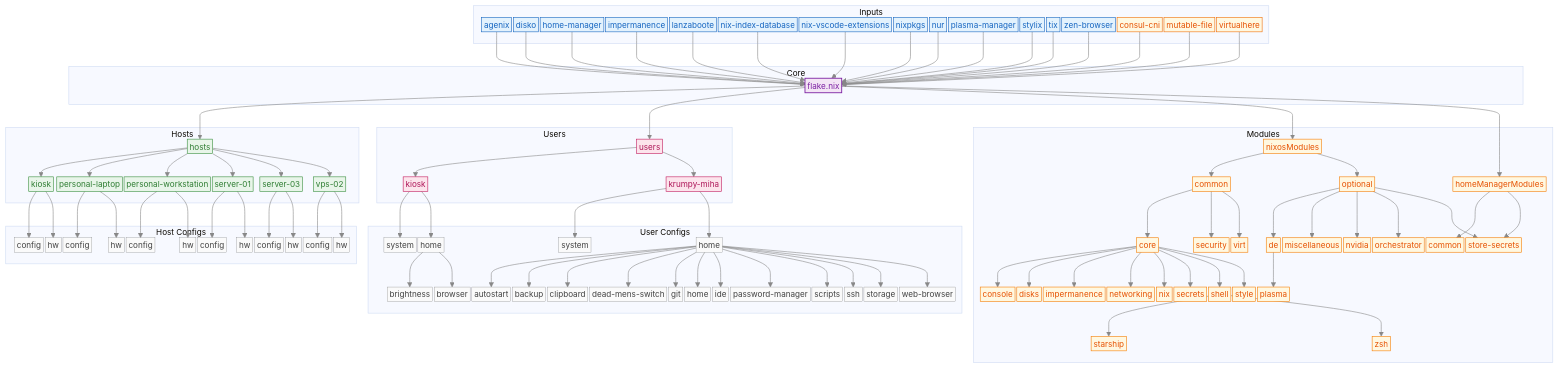
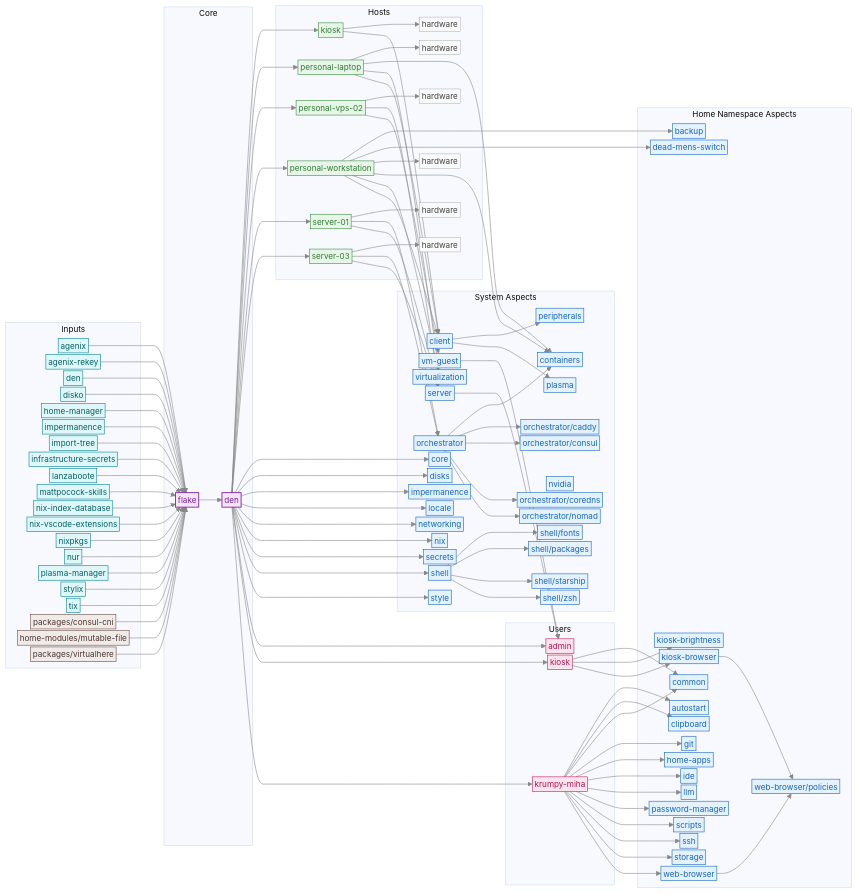
The diagram in README.md (mihakrumpestar/infrastructure), drawn with Mermaid before and after one commit. The commit also changed other lines of this file and 5 other files, not shown here.

Commit message:
Update flake-graph generation script

````diff
--- a/README.md
+++ b/README.md
@@ -130,23 +130,28 @@
   }
 }}%%
 
-flowchart TD
+flowchart LR
 
     %% Styles
-    classDef input fill:#e3f2fd,stroke:#1565c0,stroke-width:1px,color:#1565c0
-    classDef local fill:#fff8e1,stroke:#ef6c00,stroke-width:1px,color:#e65100
+    classDef input fill:#e0f7fa,stroke:#00838f,stroke-width:1px,color:#006064
+    classDef local fill:#efebe9,stroke:#6d4c41,stroke-width:1px,color:#4e342e
     classDef flake fill:#f3e5f5,stroke:#7b1fa2,stroke-width:1.5px,color:#7b1fa2
     classDef hosts fill:#e8f5e9,stroke:#388e3c,stroke-width:1px,color:#2e7d32
     classDef users fill:#fce4ec,stroke:#c2185b,stroke-width:1px,color:#ad1457
-    classDef modules fill:#fff8e1,stroke:#f57c00,stroke-width:1px,color:#e65100
+    classDef aspect fill:#e3f2fd,stroke:#1565c0,stroke-width:1px,color:#1565c0
     classDef config fill:#fafafa,stroke:#757575,stroke-width:0.5px,color:#424242
 
     subgraph Inputs[Inputs]
         input_agenix["agenix"]:::input
+        input_agenix_rekey["agenix-rekey"]:::input
+        input_den["den"]:::input
         input_disko["disko"]:::input
         input_home_manager["home-manager"]:::input
         input_impermanence["impermanence"]:::input
+        input_import_tree["import-tree"]:::input
+        input_infrastructure_secrets["infrastructure-secrets"]:::input
         input_lanzaboote["lanzaboote"]:::input
+        input_mattpocock_skills["mattpocock-skills"]:::input
         input_nix_index_database["nix-index-database"]:::input
         input_nix_vscode_extensions["nix-vscode-extensions"]:::input
         input_nixpkgs["nixpkgs"]:::input
@@ -154,100 +159,139 @@
         input_plasma_manager["plasma-manager"]:::input
         input_stylix["stylix"]:::input
         input_tix["tix"]:::input
-        input_zen_browser["zen-browser"]:::input
-        local_consul_cni["consul-cni"]:::local
-        local_mutable_file["mutable-file"]:::local
-        local_virtualhere["virtualhere"]:::local
+        local_consul_cni["packages/consul-cni"]:::local
+        local_mutable_file["home-modules/mutable-file"]:::local
+        local_virtualhere["packages/virtualhere"]:::local
     end
 
     subgraph Core[Core]
-        flake["flake.nix"]:::flake
+        flake["flake"]:::flake
+        den["den"]:::flake
+    end
+
+    subgraph SystemAspects[System Aspects]
+        sys_core["core"]:::aspect
+        sys_disks["disks"]:::aspect
+        sys_impermanence["impermanence"]:::aspect
+        sys_locale["locale"]:::aspect
+        sys_networking["networking"]:::aspect
+        sys_nix["nix"]:::aspect
+        sys_secrets["secrets"]:::aspect
+        sys_shell["shell"]:::aspect
+        sys_shell_fonts["shell/fonts"]:::aspect
+        sys_shell_packages["shell/packages"]:::aspect
+        sys_shell_starship["shell/starship"]:::aspect
+        sys_shell_zsh["shell/zsh"]:::aspect
+        sys_style["style"]:::aspect
+        opt_containers["containers"]:::aspect
+        opt_nvidia["nvidia"]:::aspect
+        opt_orchestrator_caddy["orchestrator/caddy"]:::aspect
+        opt_orchestrator_consul["orchestrator/consul"]:::aspect
+        opt_orchestrator_coredns["orchestrator/coredns"]:::aspect
+        opt_orchestrator_nomad["orchestrator/nomad"]:::aspect
+        opt_orchestrator["orchestrator"]:::aspect
+        opt_peripherals["peripherals"]:::aspect
+        opt_plasma["plasma"]:::aspect
+        opt_virtualization["virtualization"]:::aspect
+        type_client["client"]:::aspect
+        type_server["server"]:::aspect
+        type_vm_guest["vm-guest"]:::aspect
+    end
+
+    subgraph HomeAspects[Home Namespace Aspects]
+        home_autostart["autostart"]:::aspect
+        home_backup["backup"]:::aspect
+        home_clipboard["clipboard"]:::aspect
+        home_dead_mens_switch["dead-mens-switch"]:::aspect
+        home_common["common"]:::aspect
+        home_git["git"]:::aspect
+        home_home_apps["home-apps"]:::aspect
+        home_ide["ide"]:::aspect
+        home_kiosk_brightness["kiosk-brightness"]:::aspect
+        home_kiosk_browser["kiosk-browser"]:::aspect
+        home_llm["llm"]:::aspect
+        home_password_manager["password-manager"]:::aspect
+        home_scripts["scripts"]:::aspect
+        home_ssh["ssh"]:::aspect
+        home_storage["storage"]:::aspect
+        home_web_browser_policies["web-browser/policies"]:::aspect
+        home_web_browser["web-browser"]:::aspect
     end
 
     subgraph Hosts[Hosts]
-        hosts_node["hosts"]:::hosts
         host_kiosk["kiosk"]:::hosts
+        host_kiosk_hardware["hardware"]:::config
         host_personal_laptop["personal-laptop"]:::hosts
+        host_personal_laptop_hardware["hardware"]:::config
+        host_personal_vps_02["personal-vps-02"]:::hosts
+        host_personal_vps_02_hardware["hardware"]:::config
         host_personal_workstation["personal-workstation"]:::hosts
+        host_personal_workstation_hardware["hardware"]:::config
         host_server_01["server-01"]:::hosts
+        host_server_01_hardware["hardware"]:::config
         host_server_03["server-03"]:::hosts
-        host_vps_02["vps-02"]:::hosts
+        host_server_03_hardware["hardware"]:::config
     end
 
     subgraph Users[Users]
-        users_node["users"]:::users
+        user_admin["admin"]:::users
         user_kiosk["kiosk"]:::users
         user_krumpy_miha["krumpy-miha"]:::users
     end
 
-    subgraph Modules[Modules]
-        homeManagerModules__common__default_nix["common"]:::modules
-        homeManagerModules__default_nix["homeManagerModules"]:::modules
-        nixosModules__common__core__console_nix["console"]:::modules
-        nixosModules__common__core__default_nix["core"]:::modules
-        nixosModules__common__core__disks_nix["disks"]:::modules
-        nixosModules__common__core__impermanence_nix["impermanence"]:::modules
-        nixosModules__common__core__networking_nix["networking"]:::modules
-        nixosModules__common__core__nix_nix["nix"]:::modules
-        nixosModules__common__core__secrets_nix["secrets"]:::modules
-        nixosModules__common__core__shell__default_nix["shell"]:::modules
-        nixosModules__common__core__shell__starship_nix["starship"]:::modules
-        nixosModules__common__core__shell__zsh_nix["zsh"]:::modules
-        nixosModules__common__core__style_nix["style"]:::modules
-        nixosModules__common__default_nix["common"]:::modules
-        nixosModules__common__security__default_nix["security"]:::modules
-        nixosModules__common__virt__default_nix["virt"]:::modules
-        nixosModules__default_nix["nixosModules"]:::modules
-        nixosModules__optional__de__default_nix["de"]:::modules
-        nixosModules__optional__de__plasma__default_nix["plasma"]:::modules
-        nixosModules__optional__default_nix["optional"]:::modules
-        nixosModules__optional__miscellaneous__default_nix["miscellaneous"]:::modules
-        nixosModules__optional__nvidia__default_nix["nvidia"]:::modules
-        nixosModules__optional__orchestrator__default_nix["orchestrator"]:::modules
-        nixosModules__optional__store_secrets__default_nix["store-secrets"]:::modules
-    end
 
-    subgraph HostConfigs[Host Configs]
-        hosts__kiosk__configuration_nix["config"]:::config
-        hosts__kiosk__hardware_configuration_nix["hw"]:::config
-        hosts__personal_laptop__configuration_nix["config"]:::config
-        hosts__personal_laptop__hardware_configuration_nix["hw"]:::config
-        hosts__personal_workstation__configuration_nix["config"]:::config
-        hosts__personal_workstation__hardware_configuration_nix["hw"]:::config
-        hosts__server_01__configuration_nix["config"]:::config
-        hosts__server_01__hardware_configuration_nix["hw"]:::config
-        hosts__server_03__configuration_nix["config"]:::config
-        hosts__server_03__hardware_configuration_nix["hw"]:::config
-        hosts__vps_02__configuration_nix["config"]:::config
-        hosts__vps_02__hardware_configuration_nix["hw"]:::config
-    end
-
-    subgraph UserConfigs[User Configs]
-        homeManagerModules__users__kiosk__home__brightness__default_nix["brightness"]:::config
-        homeManagerModules__users__kiosk__home__browser__default_nix["browser"]:::config
-        homeManagerModules__users__kiosk__home__default_nix["home"]:::config
-        homeManagerModules__users__kiosk__system__default_nix["system"]:::config
-        homeManagerModules__users__krumpy_miha__home__autostart_nix["autostart"]:::config
-        homeManagerModules__users__krumpy_miha__home__backup__default_nix["backup"]:::config
-        homeManagerModules__users__krumpy_miha__home__clipboard__default_nix["clipboard"]:::config
-        homeManagerModules__users__krumpy_miha__home__dead_mens_switch__default_nix["dead-mens-switch"]:::config
-        homeManagerModules__users__krumpy_miha__home__default_nix["home"]:::config
-        homeManagerModules__users__krumpy_miha__home__git__default_nix["git"]:::config
-        homeManagerModules__users__krumpy_miha__home__home_nix["home"]:::config
-        homeManagerModules__users__krumpy_miha__home__ide__default_nix["ide"]:::config
-        homeManagerModules__users__krumpy_miha__home__password_manager__default_nix["password-manager"]:::config
-        homeManagerModules__users__krumpy_miha__home__scripts__default_nix["scripts"]:::config
-        homeManagerModules__users__krumpy_miha__home__ssh_nix["ssh"]:::config
-        homeManagerModules__users__krumpy_miha__home__storage_nix["storage"]:::config
-        homeManagerModules__users__krumpy_miha__home__web_browser__default_nix["web-browser"]:::config
-        homeManagerModules__users__krumpy_miha__system__default_nix["system"]:::config
-    end
-
+    den --> host_kiosk
+    den --> host_personal_laptop
+    den --> host_personal_vps_02
+    den --> host_personal_workstation
+    den --> host_server_01
+    den --> host_server_03
+    den --> sys_core
+    den --> sys_disks
+    den --> sys_impermanence
+    den --> sys_locale
+    den --> sys_networking
+    den --> sys_nix
+    den --> sys_secrets
+    den --> sys_shell
+    den --> sys_style
+    den --> user_admin
+    den --> user_kiosk
+    den --> user_krumpy_miha
+    flake --> den
+    home_kiosk_browser --> home_web_browser_policies
+    home_web_browser --> home_web_browser_policies
+    host_kiosk --> host_kiosk_hardware
+    host_kiosk --> type_client
+    host_personal_laptop --> host_personal_laptop_hardware
+    host_personal_laptop --> opt_containers
+    host_personal_laptop --> opt_virtualization
+    host_personal_laptop --> type_client
+    host_personal_vps_02 --> host_personal_vps_02_hardware
+    host_personal_vps_02 --> type_server
+    host_personal_vps_02 --> type_vm_guest
+    host_personal_workstation --> home_backup
+    host_personal_workstation --> home_dead_mens_switch
+    host_personal_workstation --> host_personal_workstation_hardware
+    host_personal_workstation --> opt_containers
+    host_personal_workstation --> opt_virtualization
+    host_personal_workstation --> type_client
+    host_server_01 --> host_server_01_hardware
+    host_server_01 --> opt_orchestrator
+    host_server_01 --> type_server
+    host_server_03 --> host_server_03_hardware
+    host_server_03 --> opt_orchestrator
+    host_server_03 --> type_server
     input_agenix --> flake
+    input_agenix_rekey --> flake
+    input_den --> flake
     input_disko --> flake
     input_home_manager --> flake
     input_impermanence --> flake
+    input_import_tree --> flake
+    input_infrastructure_secrets --> flake
     input_lanzaboote --> flake
+    input_mattpocock_skills --> flake
     input_nix_index_database --> flake
     input_nix_vscode_extensions --> flake
     input_nixpkgs --> flake
@@ -255,75 +299,36 @@
     input_plasma_manager --> flake
     input_stylix --> flake
     input_tix --> flake
-    input_zen_browser --> flake
     local_consul_cni --> flake
     local_mutable_file --> flake
     local_virtualhere --> flake
-    flake --> hosts_node
-    flake --> users_node
-    flake --> nixosModules__default_nix
-    flake --> homeManagerModules__default_nix
-    hosts_node --> host_kiosk
-    hosts_node --> host_personal_laptop
-    hosts_node --> host_personal_workstation
-    hosts_node --> host_server_01
-    hosts_node --> host_server_03
-    hosts_node --> host_vps_02
-    users_node --> user_kiosk
-    users_node --> user_krumpy_miha
-    host_kiosk --> hosts__kiosk__configuration_nix
-    host_kiosk --> hosts__kiosk__hardware_configuration_nix
-    host_personal_laptop --> hosts__personal_laptop__configuration_nix
-    host_personal_laptop --> hosts__personal_laptop__hardware_configuration_nix
-    host_personal_workstation --> hosts__personal_workstation__configuration_nix
-    host_personal_workstation --> hosts__personal_workstation__hardware_configuration_nix
-    host_server_01 --> hosts__server_01__configuration_nix
-    host_server_01 --> hosts__server_01__hardware_configuration_nix
-    host_server_03 --> hosts__server_03__configuration_nix
-    host_server_03 --> hosts__server_03__hardware_configuration_nix
-    host_vps_02 --> hosts__vps_02__configuration_nix
-    host_vps_02 --> hosts__vps_02__hardware_configuration_nix
-    user_kiosk --> homeManagerModules__users__kiosk__system__default_nix
-    user_kiosk --> homeManagerModules__users__kiosk__home__default_nix
-    user_krumpy_miha --> homeManagerModules__users__krumpy_miha__system__default_nix
-    user_krumpy_miha --> homeManagerModules__users__krumpy_miha__home__default_nix
-
-    homeManagerModules__default_nix --> homeManagerModules__common__default_nix
-    homeManagerModules__default_nix --> nixosModules__optional__store_secrets__default_nix
-    nixosModules__common__core__default_nix --> nixosModules__common__core__console_nix
-    nixosModules__common__core__default_nix --> nixosModules__common__core__disks_nix
-    nixosModules__common__core__default_nix --> nixosModules__common__core__impermanence_nix
-    nixosModules__common__core__default_nix --> nixosModules__common__core__networking_nix
-    nixosModules__common__core__default_nix --> nixosModules__common__core__nix_nix
-    nixosModules__common__core__default_nix --> nixosModules__common__core__secrets_nix
-    nixosModules__common__core__default_nix --> nixosModules__common__core__shell__default_nix
-    nixosModules__common__core__default_nix --> nixosModules__common__core__style_nix
-    nixosModules__common__core__shell__default_nix --> nixosModules__common__core__shell__starship_nix
-    nixosModules__common__core__shell__default_nix --> nixosModules__common__core__shell__zsh_nix
-    nixosModules__common__default_nix --> nixosModules__common__core__default_nix
-    nixosModules__common__default_nix --> nixosModules__common__security__default_nix
-    nixosModules__common__default_nix --> nixosModules__common__virt__default_nix
-    nixosModules__default_nix --> nixosModules__common__default_nix
-    nixosModules__default_nix --> nixosModules__optional__default_nix
-    nixosModules__optional__de__default_nix --> nixosModules__optional__de__plasma__default_nix
-    nixosModules__optional__default_nix --> nixosModules__optional__de__default_nix
-    nixosModules__optional__default_nix --> nixosModules__optional__miscellaneous__default_nix
-    nixosModules__optional__default_nix --> nixosModules__optional__nvidia__default_nix
-    nixosModules__optional__default_nix --> nixosModules__optional__orchestrator__default_nix
-    nixosModules__optional__default_nix --> nixosModules__optional__store_secrets__default_nix
-    homeManagerModules__users__kiosk__home__default_nix --> homeManagerModules__users__kiosk__home__brightness__default_nix
-    homeManagerModules__users__kiosk__home__default_nix --> homeManagerModules__users__kiosk__home__browser__default_nix
-    homeManagerModules__users__krumpy_miha__home__default_nix --> homeManagerModules__users__krumpy_miha__home__autostart_nix
-    homeManagerModules__users__krumpy_miha__home__default_nix --> homeManagerModules__users__krumpy_miha__home__backup__default_nix
-    homeManagerModules__users__krumpy_miha__home__default_nix --> homeManagerModules__users__krumpy_miha__home__clipboard__default_nix
-    homeManagerModules__users__krumpy_miha__home__default_nix --> homeManagerModules__users__krumpy_miha__home__dead_mens_switch__default_nix
-    homeManagerModules__users__krumpy_miha__home__default_nix --> homeManagerModules__users__krumpy_miha__home__git__default_nix
-    homeManagerModules__users__krumpy_miha__home__default_nix --> homeManagerModules__users__krumpy_miha__home__home_nix
-    homeManagerModules__users__krumpy_miha__home__default_nix --> homeManagerModules__users__krumpy_miha__home__ide__default_nix
-    homeManagerModules__users__krumpy_miha__home__default_nix --> homeManagerModules__users__krumpy_miha__home__password_manager__default_nix
-    homeManagerModules__users__krumpy_miha__home__default_nix --> homeManagerModules__users__krumpy_miha__home__scripts__default_nix
-    homeManagerModules__users__krumpy_miha__home__default_nix --> homeManagerModules__users__krumpy_miha__home__ssh_nix
-    homeManagerModules__users__krumpy_miha__home__default_nix --> homeManagerModules__users__krumpy_miha__home__storage_nix
-    homeManagerModules__users__krumpy_miha__home__default_nix --> homeManagerModules__users__krumpy_miha__home__web_browser__default_nix
+    opt_orchestrator --> opt_containers
+    opt_orchestrator --> opt_orchestrator_caddy
+    opt_orchestrator --> opt_orchestrator_consul
+    opt_orchestrator --> opt_orchestrator_coredns
+    opt_orchestrator --> opt_orchestrator_nomad
+    sys_shell --> sys_shell_fonts
+    sys_shell --> sys_shell_packages
+    sys_shell --> sys_shell_starship
+    sys_shell --> sys_shell_zsh
+    type_client --> opt_peripherals
+    type_client --> opt_plasma
+    type_server --> user_admin
+    type_vm_guest --> user_admin
+    user_kiosk --> home_common
+    user_kiosk --> home_kiosk_brightness
+    user_kiosk --> home_kiosk_browser
+    user_krumpy_miha --> home_autostart
+    user_krumpy_miha --> home_clipboard
+    user_krumpy_miha --> home_common
+    user_krumpy_miha --> home_git
+    user_krumpy_miha --> home_home_apps
+    user_krumpy_miha --> home_ide
+    user_krumpy_miha --> home_llm
+    user_krumpy_miha --> home_password_manager
+    user_krumpy_miha --> home_scripts
+    user_krumpy_miha --> home_ssh
+    user_krumpy_miha --> home_storage
+    user_krumpy_miha --> home_web_browser
 
 ```
````
